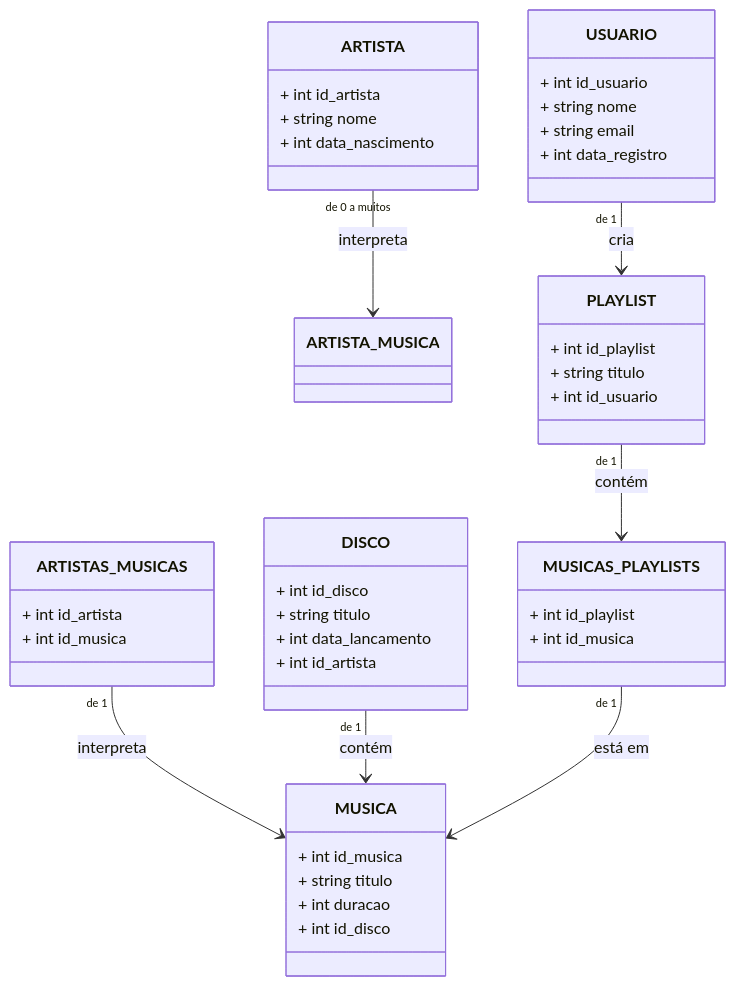
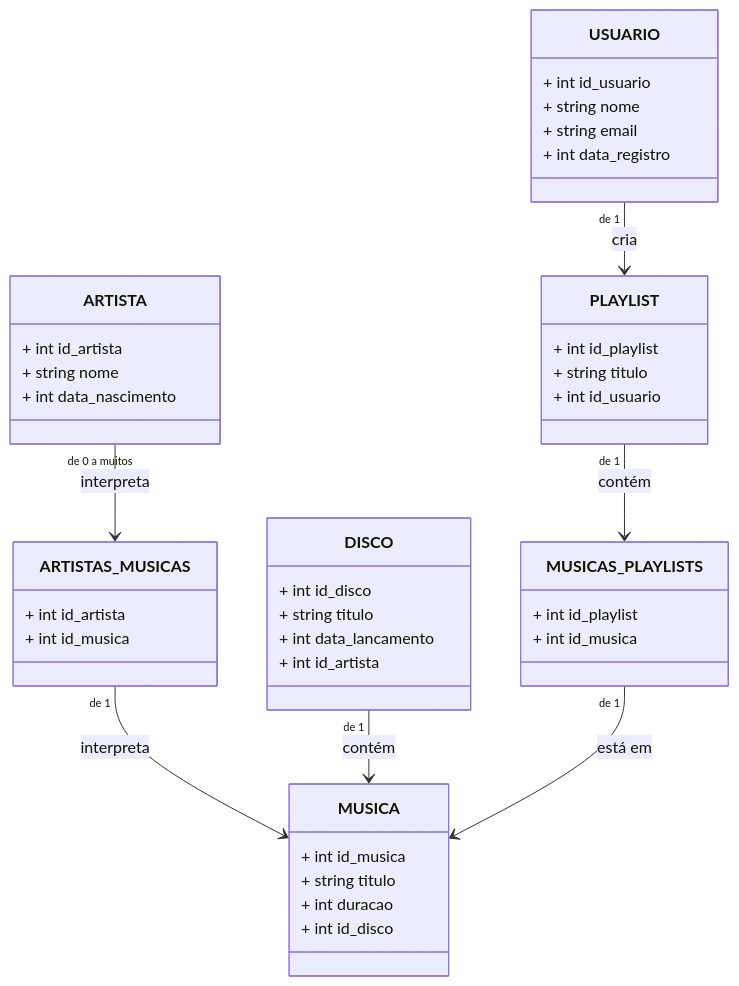
One commit to iagorosa28/sistema_de_streaming_de_musica_banco_de_dados changed the diagram in README.md. Above: the diagram before and after it, drawn with Mermaid.

````diff
--- a/README.md
+++ b/README.md
@@ -21,48 +21,48 @@
 ```mermaid
 classDiagram
 
-   ARTISTA "de 0 a muitos" --> ARTISTA_MUSICA : interpreta
+   ARTISTA "de 0 a muitos" --> ARTISTAS_MUSICAS : interpreta
    ARTISTAS_MUSICAS "de 1" --> MUSICA : interpreta
 
    DISCO "de 1" --> MUSICA : contém
    USUARIO "de 1" --> PLAYLIST : cria
    PLAYLIST "de 1" --> MUSICAS_PLAYLISTS : contém
    MUSICAS_PLAYLISTS "de 1" --> MUSICA : está em
 
    class MUSICA
    MUSICA : + int id_musica
    MUSICA : + string titulo
    MUSICA : + int duracao
    MUSICA : + int id_disco
 
    class MUSICAS_PLAYLISTS
    MUSICAS_PLAYLISTS : + int id_playlist
    MUSICAS_PLAYLISTS : + int id_musica
 
    class ARTISTAS_MUSICAS
    ARTISTAS_MUSICAS : + int id_artista
    ARTISTAS_MUSICAS : + int id_musica
 
    class DISCO
    DISCO : + int id_disco
    DISCO : + string titulo
    DISCO : + int data_lancamento
    DISCO : + int id_artista
 
    class ARTISTA
    ARTISTA : + int id_artista
    ARTISTA : + string nome
    ARTISTA : + int data_nascimento
 
    class PLAYLIST
    PLAYLIST : + int id_playlist
    PLAYLIST : + string titulo
    PLAYLIST : + int id_usuario
 
     class USUARIO
     USUARIO : + int id_usuario
     USUARIO : + string nome
     USUARIO : + string email
     USUARIO : + int data_registro
 
 ```
````
